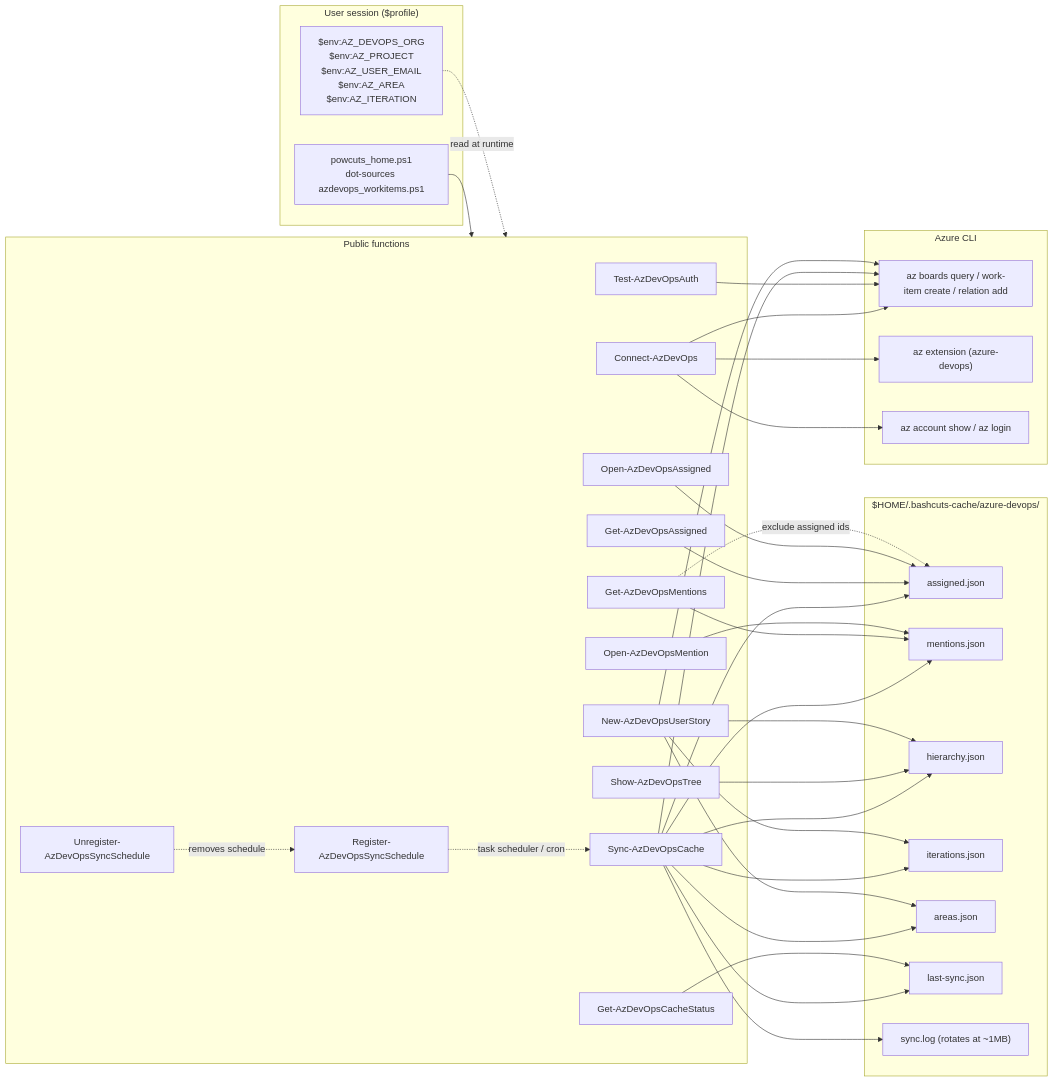
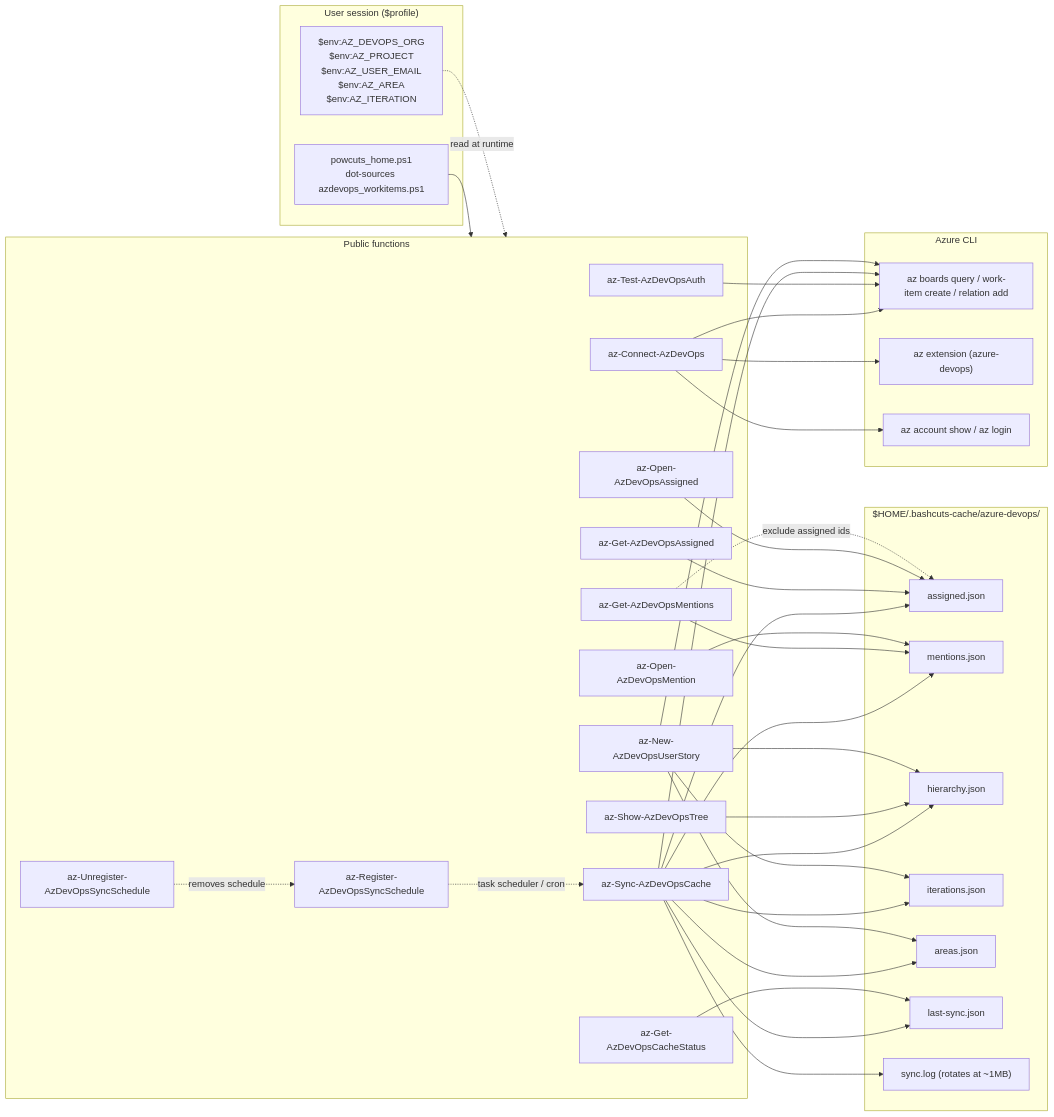
One commit to jdschleicher/bashcuts changed the first of 10 diagrams in docs/azure-devops-diagrams.md. Above: the diagram before and after it, drawn with Mermaid. The commit also changed other lines of this file and 1 other file, not shown here.

First line of the commit message:
docs: propagate az- prefix into wrapper-layer doc-strings + diagrams

````diff
--- a/docs/azure-devops-diagrams.md
+++ b/docs/azure-devops-diagrams.md
@@ -21,71 +21,71 @@
 ```mermaid
 flowchart LR
     subgraph User["User session ($profile)"]
         Profile["powcuts_home.ps1<br/>dot-sources azdevops_workitems.ps1"]
         EnvVars["$env:AZ_DEVOPS_ORG<br/>$env:AZ_PROJECT<br/>$env:AZ_USER_EMAIL<br/>$env:AZ_AREA<br/>$env:AZ_ITERATION"]
     end
 
     subgraph Public["Public functions"]
-        Connect["Connect-AzDevOps"]
-        TestAuth["Test-AzDevOpsAuth"]
-        Sync["Sync-AzDevOpsCache"]
-        Status["Get-AzDevOpsCacheStatus"]
-        Reg["Register-AzDevOpsSyncSchedule"]
-        Unreg["Unregister-AzDevOpsSyncSchedule"]
-        GetA["Get-AzDevOpsAssigned"]
-        OpenA["Open-AzDevOpsAssigned"]
-        GetM["Get-AzDevOpsMentions"]
-        OpenM["Open-AzDevOpsMention"]
-        Tree["Show-AzDevOpsTree"]
-        NewStory["New-AzDevOpsUserStory"]
+        Connect["az-Connect-AzDevOps"]
+        TestAuth["az-Test-AzDevOpsAuth"]
+        Sync["az-Sync-AzDevOpsCache"]
+        Status["az-Get-AzDevOpsCacheStatus"]
+        Reg["az-Register-AzDevOpsSyncSchedule"]
+        Unreg["az-Unregister-AzDevOpsSyncSchedule"]
+        GetA["az-Get-AzDevOpsAssigned"]
+        OpenA["az-Open-AzDevOpsAssigned"]
+        GetM["az-Get-AzDevOpsMentions"]
+        OpenM["az-Open-AzDevOpsMention"]
+        Tree["az-Show-AzDevOpsTree"]
+        NewStory["az-New-AzDevOpsUserStory"]
     end
 
     subgraph Cache["$HOME/.bashcuts-cache/azure-devops/"]
         AssignedJson["assigned.json"]
         MentionsJson["mentions.json"]
         HierJson["hierarchy.json"]
         IterJson["iterations.json"]
         AreasJson["areas.json"]
         LastSync["last-sync.json"]
         SyncLog["sync.log (rotates at ~1MB)"]
     end
 
     subgraph AzCLI["Azure CLI"]
         AzBoards["az boards query / work-item create / relation add"]
         AzExt["az extension (azure-devops)"]
         AzAcct["az account show / az login"]
     end
 
     Profile --> Public
     EnvVars -.read at runtime.-> Public
 
     Connect --> AzAcct
     Connect --> AzExt
     Connect --> AzBoards
     TestAuth --> AzBoards
 
     Sync --> AzBoards
     Sync --> AssignedJson
     Sync --> MentionsJson
     Sync --> HierJson
     Sync --> IterJson
     Sync --> AreasJson
     Sync --> LastSync
     Sync --> SyncLog
 
     GetA --> AssignedJson
     OpenA --> AssignedJson
     GetM --> MentionsJson
     GetM -.exclude assigned ids.-> AssignedJson
     OpenM --> MentionsJson
     Tree --> HierJson
     Status --> LastSync
 
     NewStory --> HierJson
     NewStory --> IterJson
     NewStory --> AreasJson
     NewStory --> AzBoards
 
     Reg -.task scheduler / cron.-> Sync
     Unreg -.removes schedule.-> Reg
 ```
````
